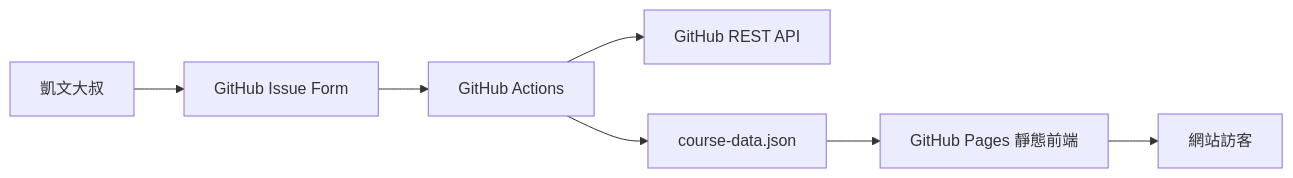
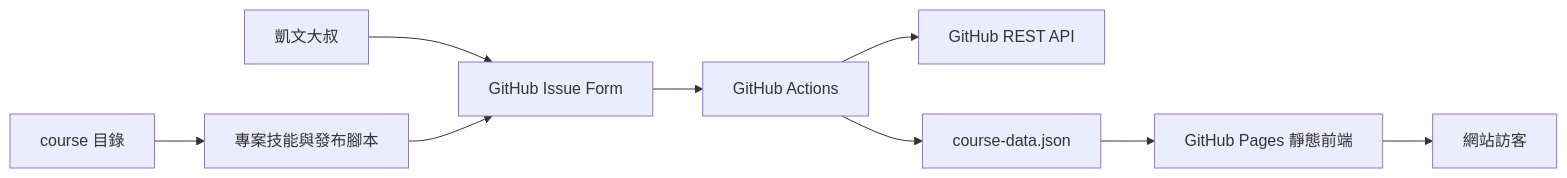
One commit to kevintsai1202/course-schedule changed the fourth of 12 diagrams in spec.md. Above: the diagram before and after it, drawn with Mermaid. The commit also changed other lines of this file and 17 other files, not shown here.

````diff
--- a/spec.md
+++ b/spec.md
@@ -137,9 +175,11 @@
 ```mermaid
 flowchart LR
     U[凱文大叔] --> GI[GitHub Issue Form]
     GI --> GA[GitHub Actions]
     GA --> GHAPI[GitHub REST API]
     GA --> JSON[course-data.json]
+    CD[course 目錄] --> SK[專案技能與發布腳本]
+    SK --> GI
     JSON --> FE[GitHub Pages 靜態前端]
     FE --> V[網站訪客]
 ```
````
